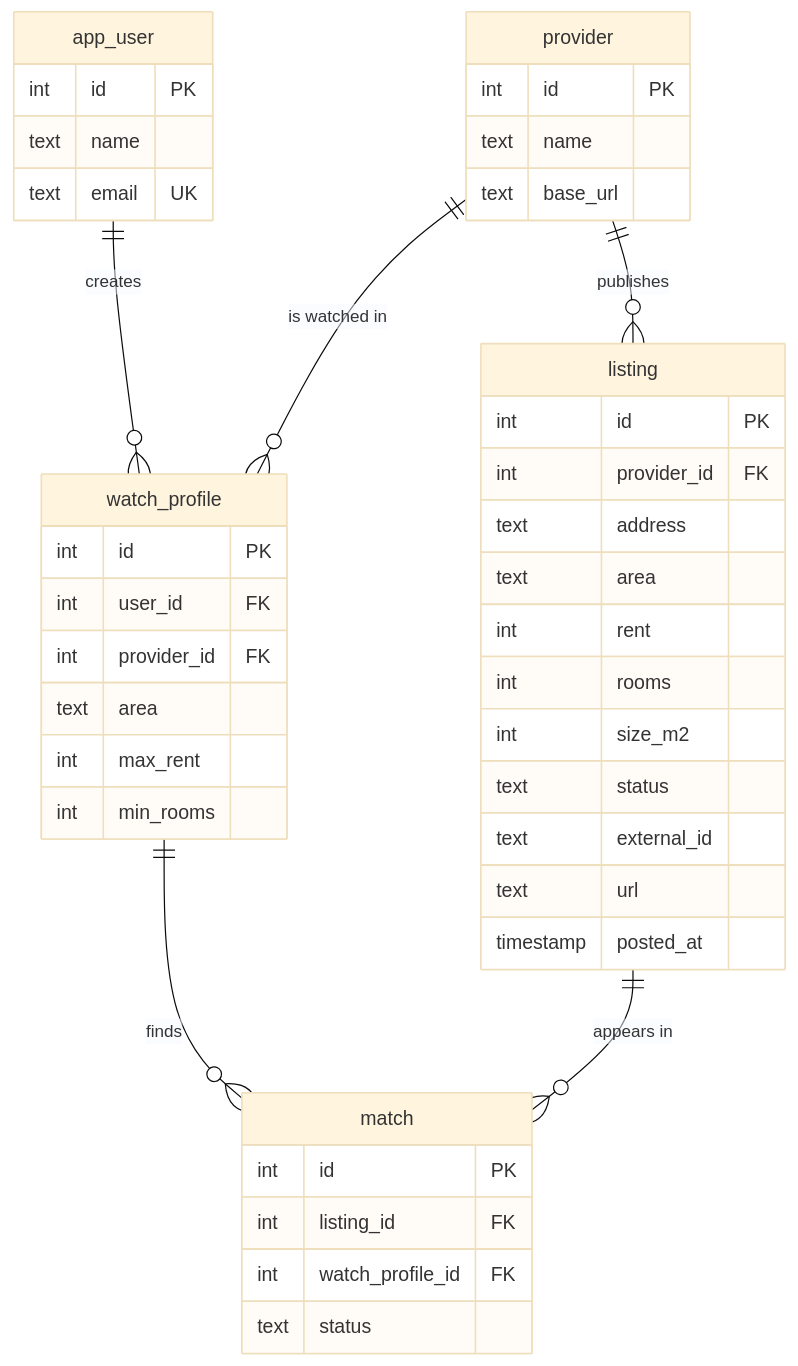
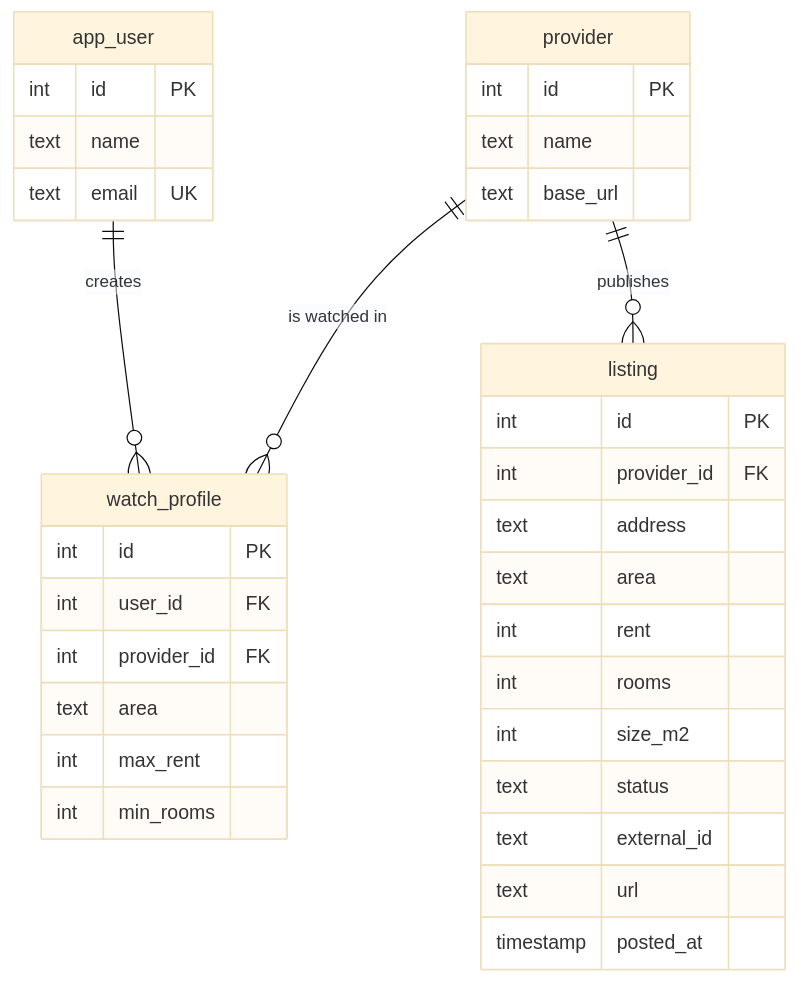
The diagram in docs/er-diagram.md (elliottmellon/RentWatch), drawn with Mermaid (base theme) before and after one commit. The commit also changed other lines of this file and 3 other files, not shown here.

````diff
--- a/docs/er-diagram.md
+++ b/docs/er-diagram.md
@@ -5,46 +5,38 @@
 ```mermaid
 erDiagram
     app_user ||--o{ watch_profile : "creates"
     provider ||--o{ watch_profile : "is watched in"
     provider ||--o{ listing : "publishes"
-    listing ||--o{ match : "appears in"
-    watch_profile ||--o{ match : "finds"
 
     app_user {
         int id PK
         text name
         text email UK
     }
     provider {
         int id PK
         text name
         text base_url
     }
     listing {
         int id PK
         int provider_id FK
         text address
         text area
         int rent
         int rooms
         int size_m2
         text status
         text external_id
         text url
         timestamp posted_at
     }
     watch_profile {
         int id PK
         int user_id FK
         int provider_id FK
         text area
         int max_rent
         int min_rooms
     }
-    match {
-        int id PK
-        int listing_id FK
-        int watch_profile_id FK
-        text status
-    }
 ```
````
